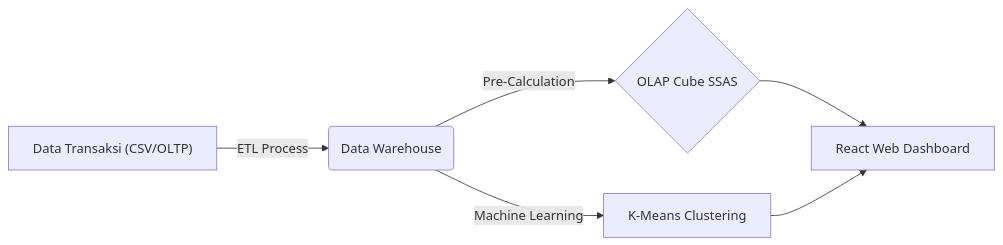
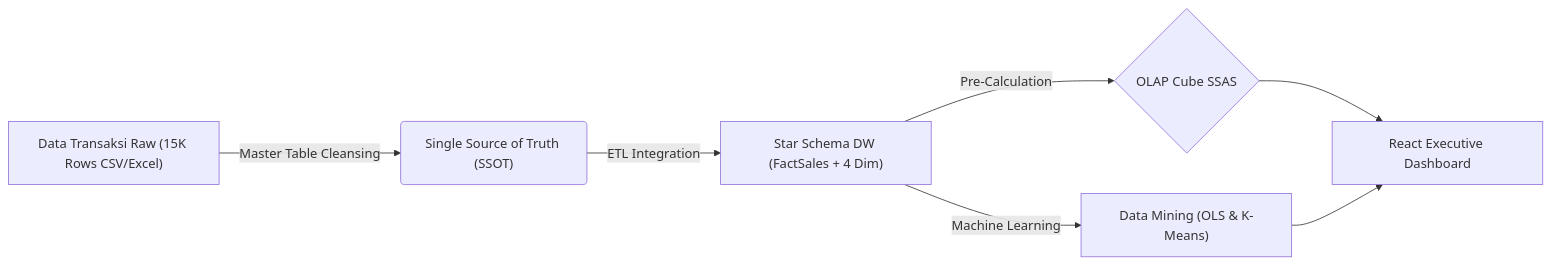
One commit to Yoohash-noob/bi-dashboard-analytics changed the first of 2 diagrams in README.md. Above: the diagram before and after it, drawn with Mermaid. The commit also changed other lines of this file and 1 other file, not shown here.

Commit message:
docs: Update PLANNING.md and README.md with 15k dataset table structure data dictionary, dynamic alter column details, and lecturer defense recommendations

````diff
--- a/README.md
+++ b/README.md
@@ -16,8 +20,9 @@
 ```mermaid
 graph LR
-    A["Data Transaksi (CSV/OLTP)"] -->|ETL Process| B("Data Warehouse")
-    B -->|Pre-Calculation| C{"OLAP Cube SSAS"}
-    B -->|Machine Learning| D["K-Means Clustering"]
-    C --> E["React Web Dashboard"]
-    D --> E
+    A["Data Transaksi Raw (15K Rows CSV/Excel)"] -->|Master Table Cleansing| B("Single Source of Truth (SSOT)")
+    B -->|ETL Integration| C["Star Schema DW (FactSales + 4 Dim)"]
+    C -->|Pre-Calculation| D{"OLAP Cube SSAS"}
+    C -->|Machine Learning| E["Data Mining (OLS & K-Means)"]
+    D --> F["React Executive Dashboard"]
+    E --> F
 ```
````
